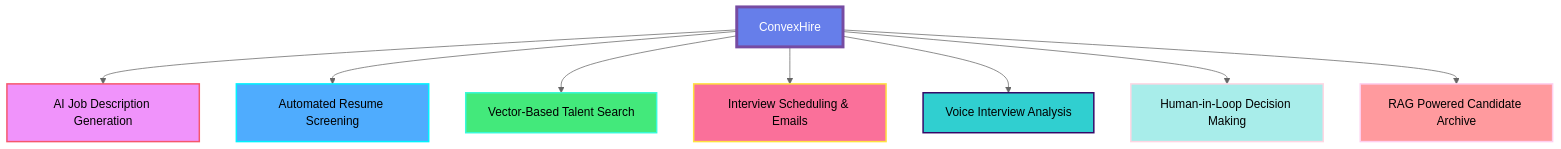
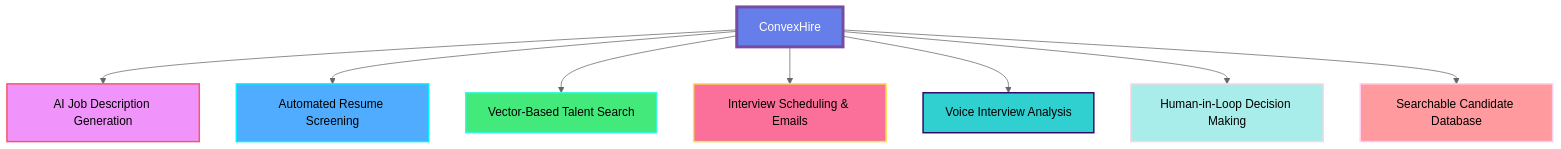
One commit to devrahulbanjara/Rojgar-AI changed the first of 7 diagrams in README.md. Above: the diagram before and after it, drawn with Mermaid. The commit also changed other lines of this file, not shown here.

````diff
--- a/README.md
+++ b/README.md
@@ -37,22 +38,22 @@
 ```mermaid
 %%{init: {'theme': 'neutral'}}%%
 graph TD
     ROOT[ConvexHire]
     
     ROOT --> JD[AI Job Description Generation]
     ROOT --> SCREEN[Automated Resume Screening]
     ROOT --> SEARCH[Vector-Based Talent Search]
     ROOT --> SCHEDULE[Interview Scheduling & Emails]
     ROOT --> VOICE[Voice Interview Analysis]
     ROOT --> DECIDE[Human-in-Loop Decision Making]
-    ROOT --> ARCHIVE[RAG Powered Candidate Archive]
+    ROOT --> ARCHIVE[Searchable Candidate Database]
     
     style ROOT fill:#667eea,stroke:#764ba2,stroke-width:4px,color:#fff
     style JD fill:#f093fb,stroke:#f5576c,stroke-width:2px
     style SCREEN fill:#4facfe,stroke:#00f2fe,stroke-width:2px
     style SEARCH fill:#43e97b,stroke:#38f9d7,stroke-width:2px
     style SCHEDULE fill:#fa709a,stroke:#fee140,stroke-width:2px
     style VOICE fill:#30cfd0,stroke:#330867,stroke-width:2px
     style DECIDE fill:#a8edea,stroke:#fed6e3,stroke-width:2px
     style ARCHIVE fill:#ff9a9e,stroke:#fecfef,stroke-width:2px
 ```
````
